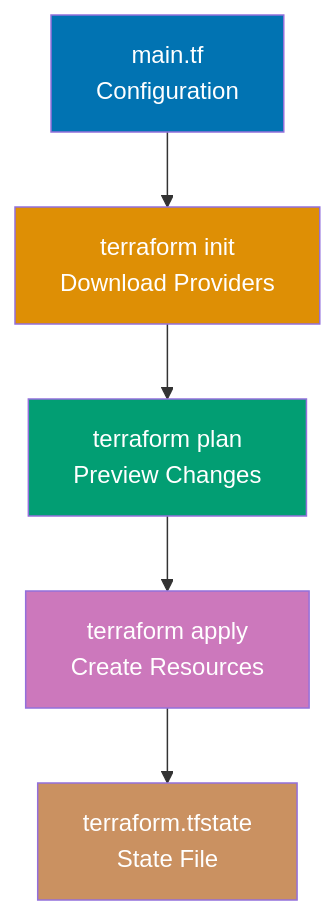
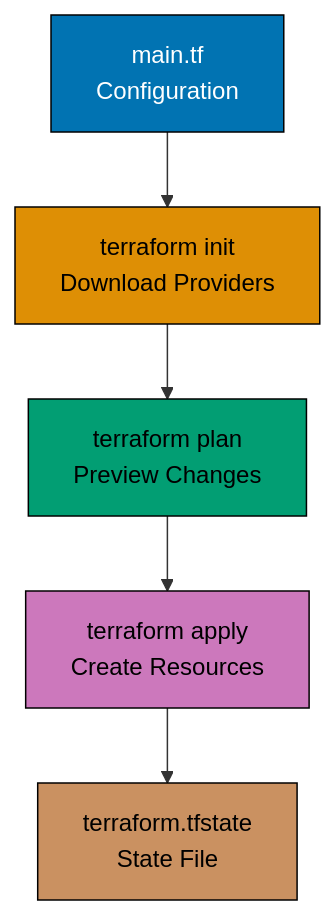
One commit to wahidyankf/ose-public changed the first of 6 diagrams in apps/ayokoding-www/content/en/learn/legacy/software-engineering/infrastructure/tools/terraform/by-example/beginner.md. Above: the diagram before and after it, drawn with Mermaid. The commit also changed other lines of this file and 131 other files, not shown here.

First line of the commit message:
fix(mermaid): bring the legacy data, infrastructure, and testing diagrams onto the accessible palette

````diff
--- a/apps/ayokoding-www/content/en/learn/legacy/software-engineering/infrastructure/tools/terraform/by-example/beginner.md
+++ b/apps/ayokoding-www/content/en/learn/legacy/software-engineering/infrastructure/tools/terraform/by-example/beginner.md
@@ -18,14 +18,22 @@
 ```mermaid
 %% Color Palette: Blue #0173B2, Orange #DE8F05, Teal #029E73, Purple #CC78BC, Brown #CA9161
 graph TD
+ accTitle: Example 1: Hello World - Minimal Configuration
+ accDescr: Graph with 5 nodes and 4 connections. Nodes: main.tf Configuration, terraform init Download Providers, terraform plan Preview Changes, terraform apply Create Resources, terraform.tfstate State File. Connections: main.tf Configuration to terraform init Download Providers, terraform init Download Providers to terraform plan Preview Changes, terraform plan Preview Changes to terraform apply Create Resources, terraform apply Create Resources to terraform.tfstate State File.
  A["main.tf<br/>Configuration"] --> B["terraform init<br/>Download Providers"]
  B --> C["terraform plan<br/>Preview Changes"]
  C --> D["terraform apply<br/>Create Resources"]
  D --> E["terraform.tfstate<br/>State File"]
 
- style A fill:#0173B2,color:#fff
- style B fill:#DE8F05,color:#fff
- style C fill:#029E73,color:#fff
- style D fill:#CC78BC,color:#fff
- style E fill:#CA9161,color:#fff
+ classDef pal-0173B2 fill:#0173B2,stroke:#000000,color:#FFFFFF
+ class A pal-0173B2
+ classDef pal-DE8F05 fill:#DE8F05,stroke:#000000,color:#000000
+ class B pal-DE8F05
+ classDef pal-029E73 fill:#029E73,stroke:#000000,color:#000000
+ class C pal-029E73
+ classDef pal-CC78BC fill:#CC78BC,stroke:#000000,color:#000000
+ class D pal-CC78BC
+ classDef pal-CA9161 fill:#CA9161,stroke:#000000,color:#000000
+ class E pal-CA9161
+ classDef default fill:#FFFFFF,stroke:#000000,color:#000000
 ```
````
